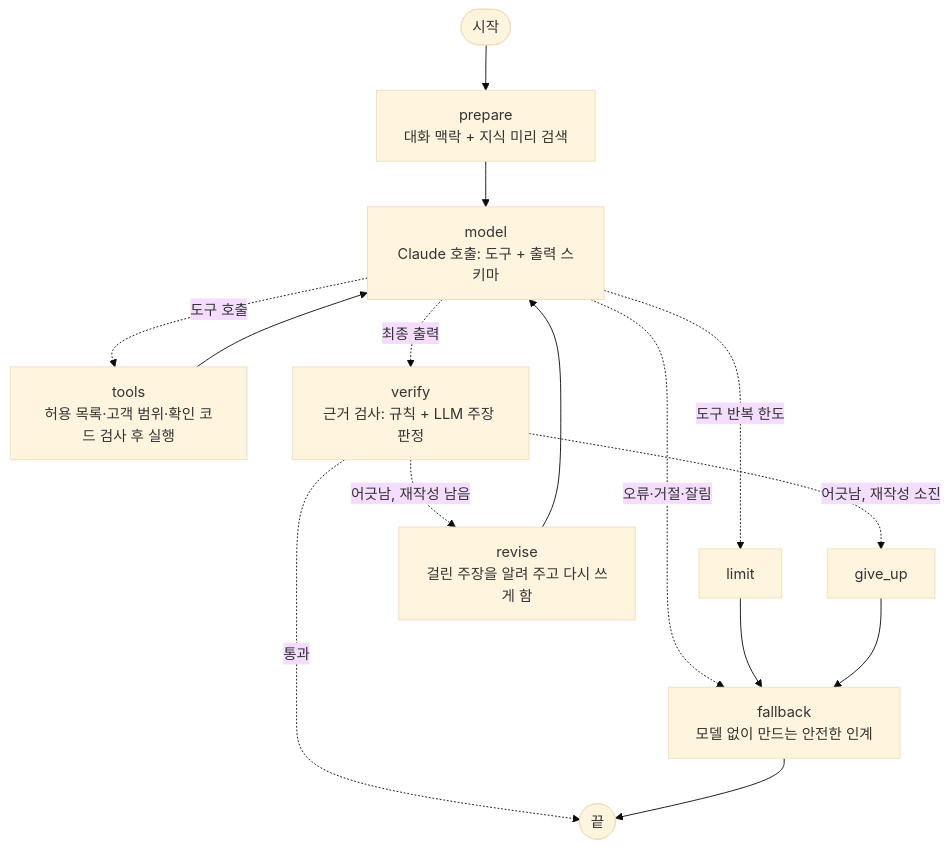
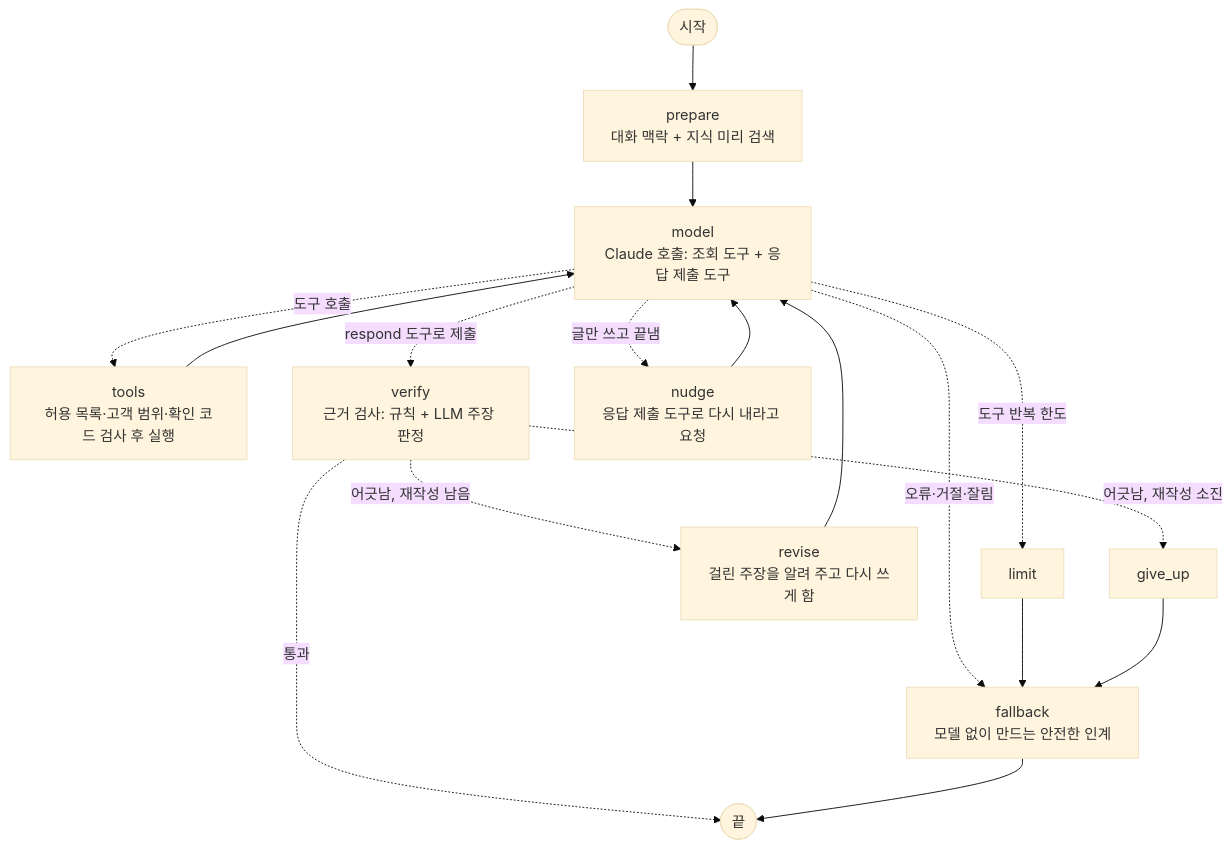
Before and after one commit to sokldjs554/batondesk: the diagram in docs/architecture.md, drawn with Mermaid (base theme). The commit also changed other lines of this file and 18 other files, not shown here.

First line of the commit message:
fix(agent): 최종 응답을 JSON 출력 형식이 아니라 respond 도구로 제출받는다

````diff
--- a/docs/architecture.md
+++ b/docs/architecture.md
@@ -21,15 +21,16 @@
 ```mermaid
 graph TD
   start([시작]) --> prepare
   prepare[prepare<br/>대화 맥락 + 지식 미리 검색] --> model
-  model[model<br/>Claude 호출: 도구 + 출력 스키마] -. 도구 호출 .-> tools
+  model[model<br/>Claude 호출: 조회 도구 + 응답 제출 도구] -. 도구 호출 .-> tools
   tools[tools<br/>허용 목록·고객 범위·확인 코드 검사 후 실행] --> model
-  model -. 최종 출력 .-> verify
+  model -. respond 도구로 제출 .-> verify
+  model -. 글만 쓰고 끝냄 .-> nudge[nudge<br/>응답 제출 도구로 다시 내라고 요청] --> model
   model -. 오류·거절·잘림 .-> fallback
   model -. 도구 반복 한도 .-> limit --> fallback
   verify[verify<br/>근거 검사: 규칙 + LLM 주장 판정] -. 통과 .-> done([끝])
   verify -. 어긋남, 재작성 남음 .-> revise
   verify -. 어긋남, 재작성 소진 .-> give_up --> fallback
   revise[revise<br/>걸린 주장을 알려 주고 다시 쓰게 함] --> model
   fallback[fallback<br/>모델 없이 만드는 안전한 인계] --> done
 ```
````
